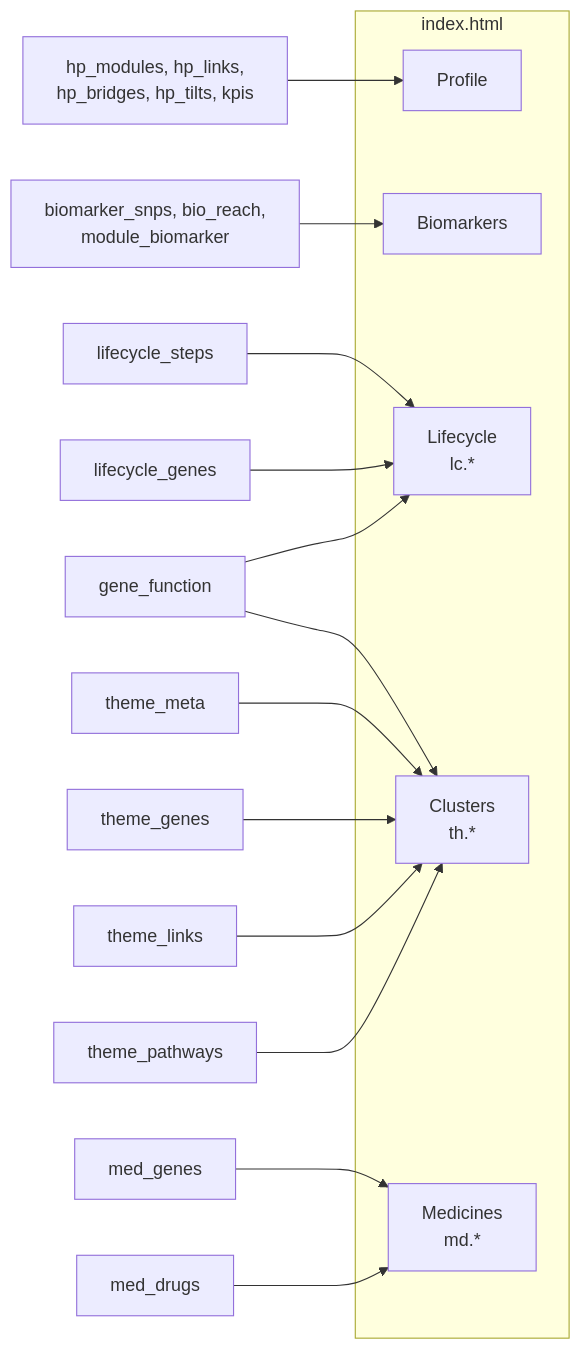
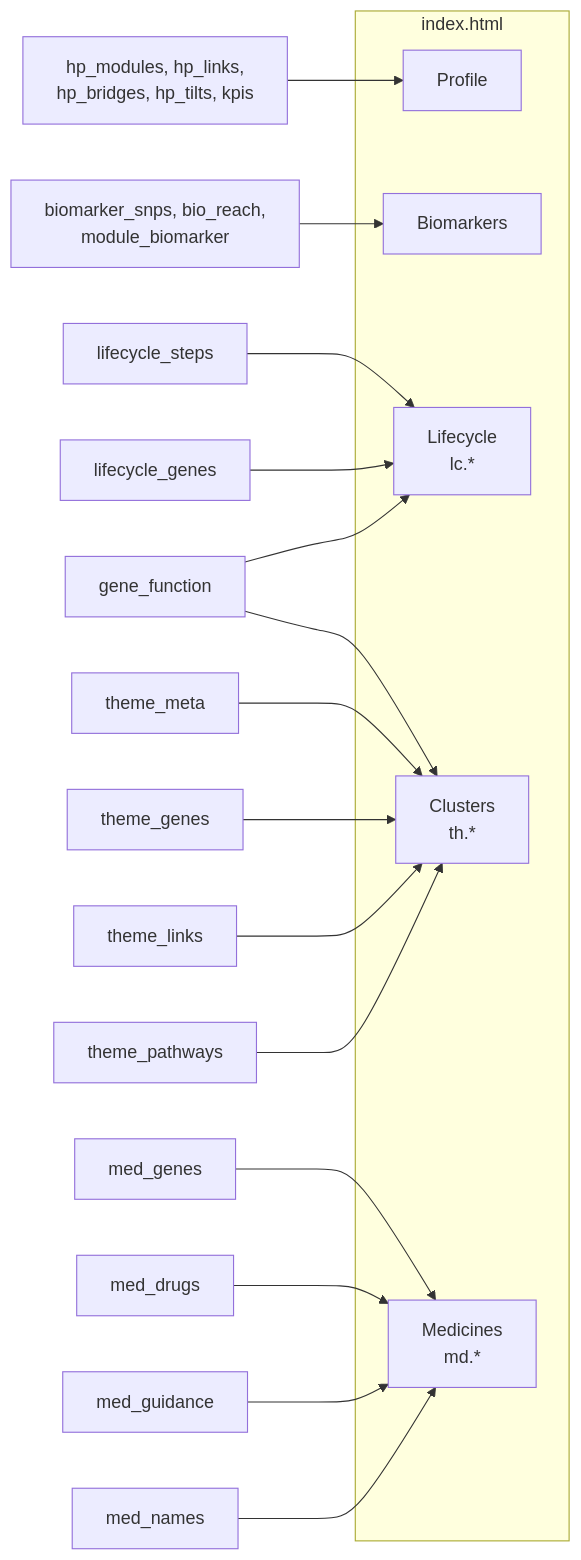
Before and after one commit to Lyceriuss/DNA-Analyzer: the first of 4 diagrams in docs/architecture/explorer.md, drawn with Mermaid. The commit also changed other lines of this file and 9 other files, not shown here.

````diff
--- a/docs/architecture/explorer.md
+++ b/docs/architecture/explorer.md
@@ -8,22 +8,24 @@
 ```mermaid
 flowchart LR
     subgraph PAGE["index.html"]
         P["Profile"]
         B["Biomarkers"]
         L["Lifecycle<br/>lc.*"]
         C["Clusters<br/>th.*"]
         M["Medicines<br/>md.*"]
     end
     HM["hp_modules, hp_links,<br/>hp_bridges, hp_tilts, kpis"] --> P
     BS["biomarker_snps, bio_reach,<br/>module_biomarker"] --> B
     LS["lifecycle_steps"] --> L
     LG["lifecycle_genes"] --> L
     GF["gene_function"] --> L
     GF --> C
     TM["theme_meta"] --> C
     TG["theme_genes"] --> C
     TL["theme_links"] --> C
     TP["theme_pathways"] --> C
     MG["med_genes"] --> M
     MD["med_drugs"] --> M
+    MGU["med_guidance"] --> M
+    MN["med_names"] --> M
 ```
````
